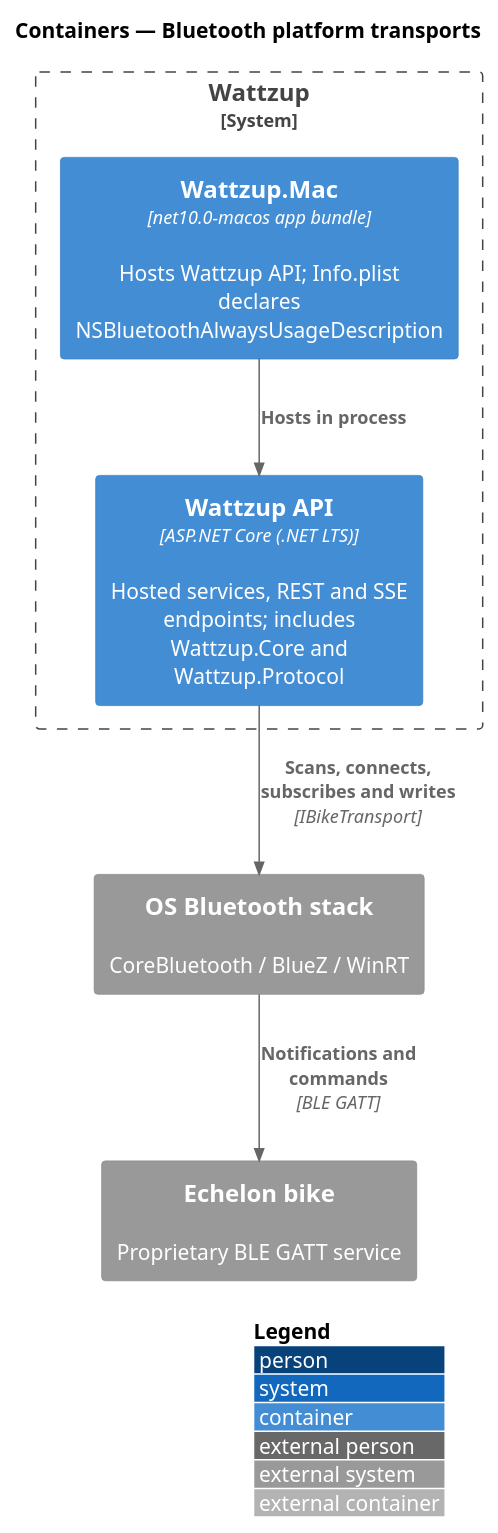
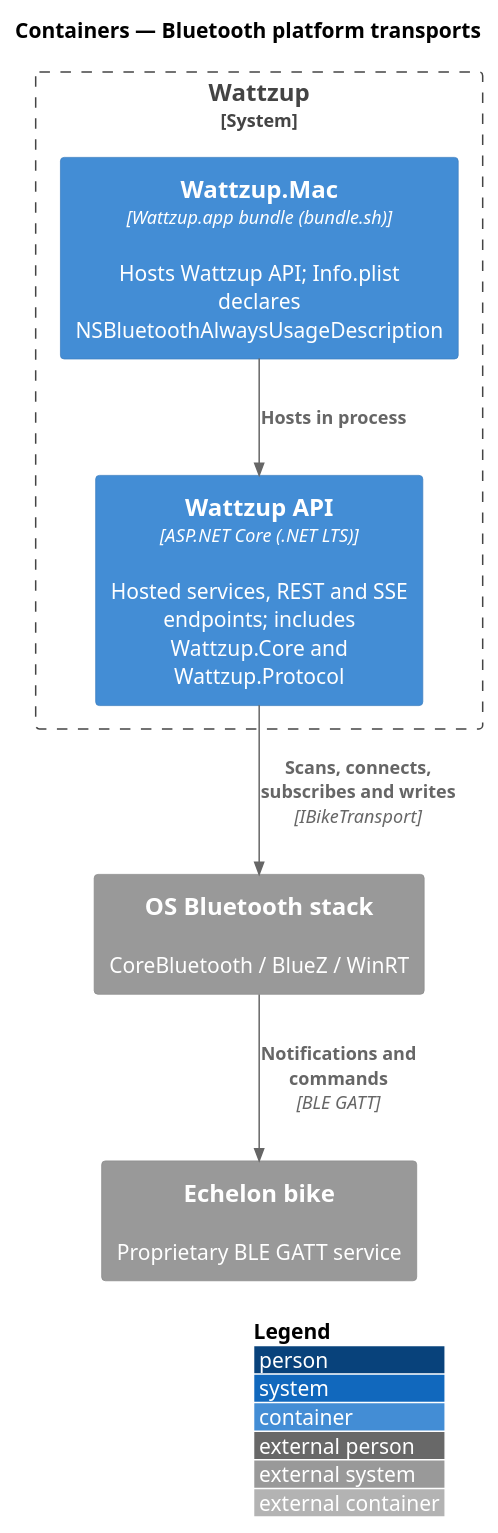
The diagram in docs/detailed-designs/bike-connectivity/bluetooth-platform-transports/diagrams/c4-container.puml (QuinntyneBrown/ride-one), drawn with PlantUML before and after one commit. The commit also changed 23 other files, not shown here.

First line of the commit message:
Add the CoreBluetooth transport and the Wattzup.app bundle

```diff
--- a/docs/detailed-designs/bike-connectivity/bluetooth-platform-transports/diagrams/c4-container.puml
+++ b/docs/detailed-designs/bike-connectivity/bluetooth-platform-transports/diagrams/c4-container.puml
@@ -1,16 +1,16 @@
 @startuml
 !include <C4/C4_Container>
 LAYOUT_WITH_LEGEND()
 title Containers — Bluetooth platform transports
 
 System_Boundary(wattzup, "Wattzup") {
-  Container(mac, "Wattzup.Mac", "net10.0-macos app bundle", "Hosts Wattzup API; Info.plist declares NSBluetoothAlwaysUsageDescription")
+  Container(mac, "Wattzup.Mac", "Wattzup.app bundle (bundle.sh)", "Hosts Wattzup API; Info.plist declares NSBluetoothAlwaysUsageDescription")
   Container(api, "Wattzup API", "ASP.NET Core (.NET LTS)", "Hosted services, REST and SSE endpoints; includes Wattzup.Core and Wattzup.Protocol")
 }
 System_Ext(os, "OS Bluetooth stack", "CoreBluetooth / BlueZ / WinRT")
 System_Ext(bike, "Echelon bike", "Proprietary BLE GATT service")
 
 Rel(mac, api, "Hosts in process")
 Rel(api, os, "Scans, connects, subscribes and writes", "IBikeTransport")
 Rel(os, bike, "Notifications and commands", "BLE GATT")
 @enduml
```
